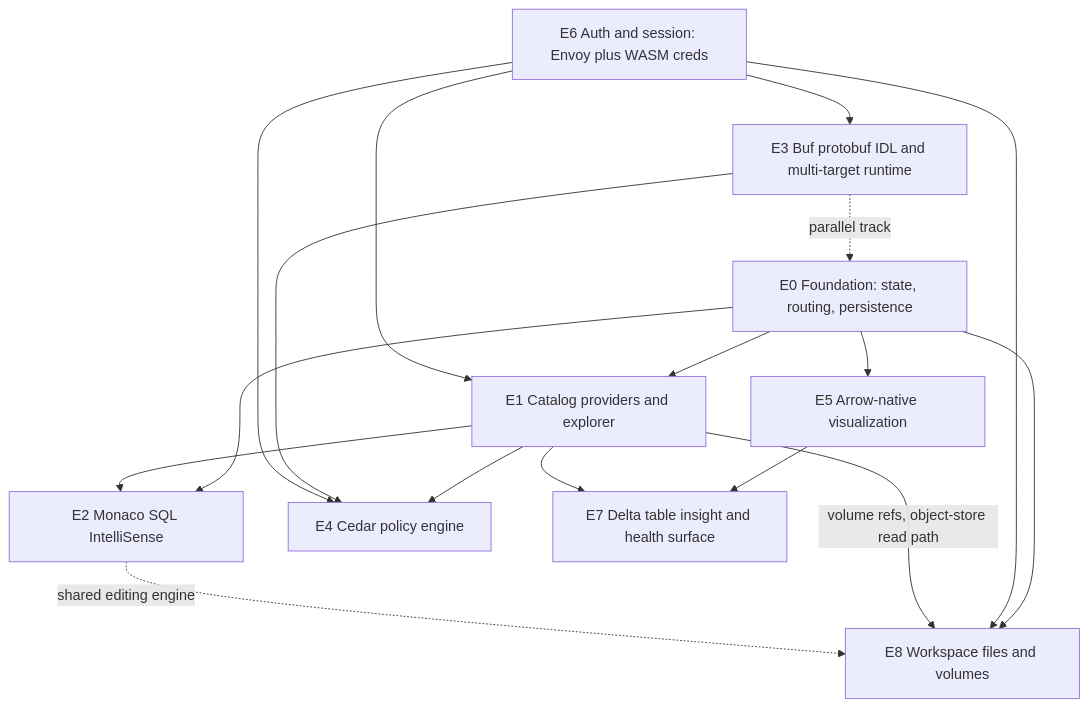
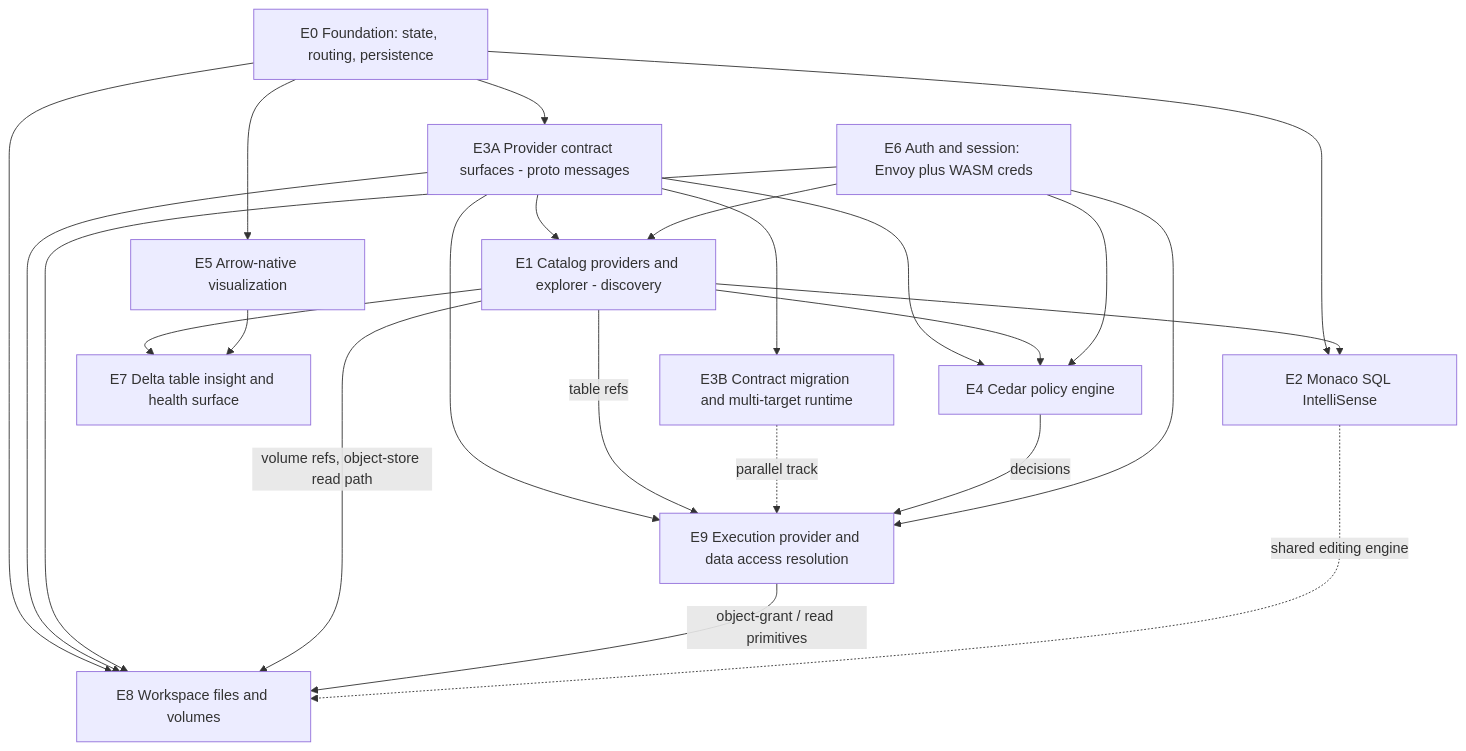
The diagram in docs/program/rich-lakehouse-workbench-strategy.md (daxis-io/axon), drawn with Mermaid before and after one commit. The commit also changed other lines of this file and 4 other files, not shown here.

First line of the commit message:
docs: separate discovery from execution — add E9 + E3A, scope E1 to discovery

````diff
--- a/docs/program/rich-lakehouse-workbench-strategy.md
+++ b/docs/program/rich-lakehouse-workbench-strategy.md
@@ -159,29 +191,38 @@
 ```mermaid
 flowchart TD
   E0[E0 Foundation: state, routing, persistence]
-  E1[E1 Catalog providers and explorer]
+  E3A[E3A Provider contract surfaces - proto messages]
+  E1[E1 Catalog providers and explorer - discovery]
   E2[E2 Monaco SQL IntelliSense]
-  E3[E3 Buf protobuf IDL and multi-target runtime]
+  E3B[E3B Contract migration and multi-target runtime]
   E4[E4 Cedar policy engine]
   E5[E5 Arrow-native visualization]
   E6[E6 Auth and session: Envoy plus WASM creds]
   E7[E7 Delta table insight and health surface]
   E8[E8 Workspace files and volumes]
+  E9[E9 Execution provider and data access resolution]
 
-  E0 --> E1
+  E0 --> E3A
   E0 --> E2
   E0 --> E5
   E0 --> E8
+  E3A --> E1
+  E3A --> E9
+  E3A --> E8
+  E3A --> E4
+  E3A --> E3B
   E1 --> E2
   E1 --> E4
-  E3 --> E4
-  E3 -.parallel track.-> E0
+  E1 --> E7
+  E1 -->|"table refs"| E9
+  E3B -.parallel track.-> E9
+  E4 -->|"decisions"| E9
   E6 --> E1
-  E6 --> E3
+  E6 --> E9
   E6 --> E4
   E6 --> E8
   E5 --> E7
-  E1 --> E7
   E1 -->|"volume refs, object-store read path"| E8
+  E9 -->|"object-grant / read primitives"| E8
   E2 -.shared editing engine.-> E8
 ```
````
